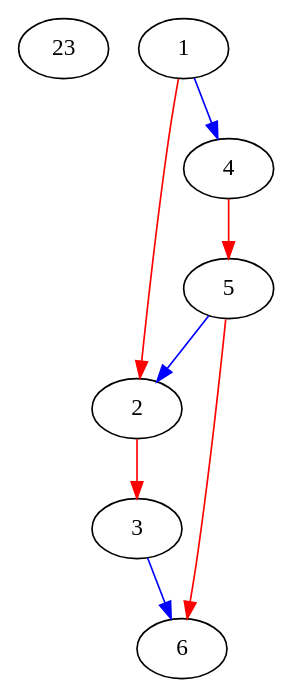
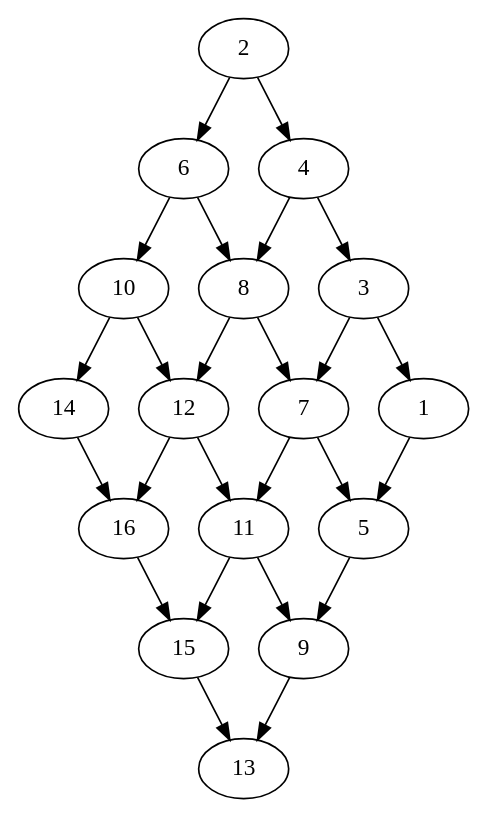
Before and after one commit to alexgmm/os-components: the diagram in g.gv, drawn with Graphviz. The commit also changed 17 other files, not shown here.

```diff
--- a/g.gv
+++ b/g.gv
@@ -1,1 +1,1 @@
-digraph G {"23";edge[color=red];1->2;edge[color=blue];1->4;edge[color=red];2->3;edge[color=blue];3->6;edge[color=red];4->5;edge[color=red];5->6;edge[color=blue];5->2;}
+digraph G {2->6->10->14;4->8->12->16;3->7->11->15;1->5->9->13;2->4->3->1;6->8->7->5;10->12->11->9;14->16->15->13;}
```
